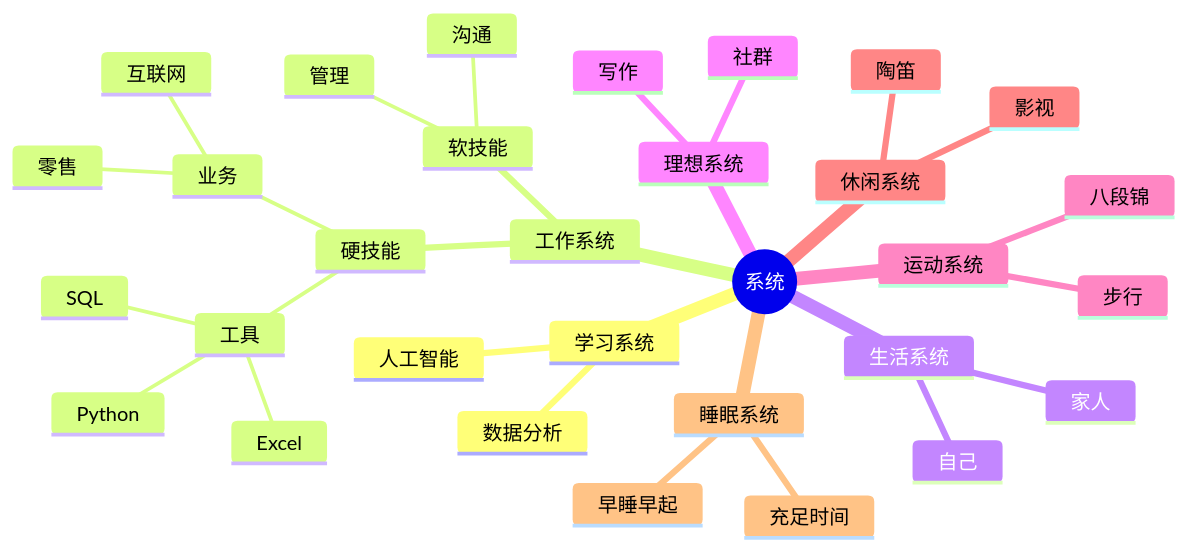
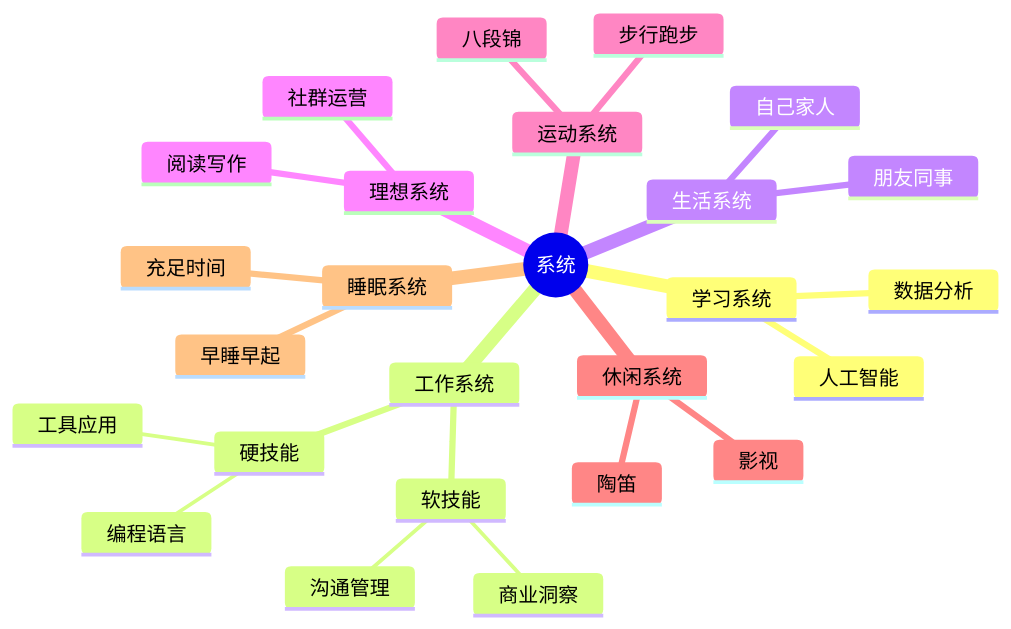
The second of 2 diagrams in system/README.md (sjhfx/linji), drawn with Mermaid before and after one commit. The commit also changed other lines of this file and 3 other files, not shown here.

````diff
--- a/system/README.md
+++ b/system/README.md
@@ -174,34 +174,29 @@
 ```mermaid
 mindmap
   root((系统))
     学习系统
       数据分析
       人工智能
     工作系统
       软技能
-        沟通
-        管理
+        商业洞察
+        沟通管理
       硬技能
-        工具
-          Excel
-          SQL
-          Python
-        业务
-          零售
-          互联网
+        工具应用
+        编程语言
     生活系统
-      自己
-      家人
+      自己家人
+      朋友同事
     理想系统
-      写作
-      社群
+      阅读写作
+      社群运营
     运动系统
-      步行
+      步行跑步
       八段锦
     休闲系统
       陶笛
       影视
     睡眠系统
       早睡早起
       充足时间
 ```
````
